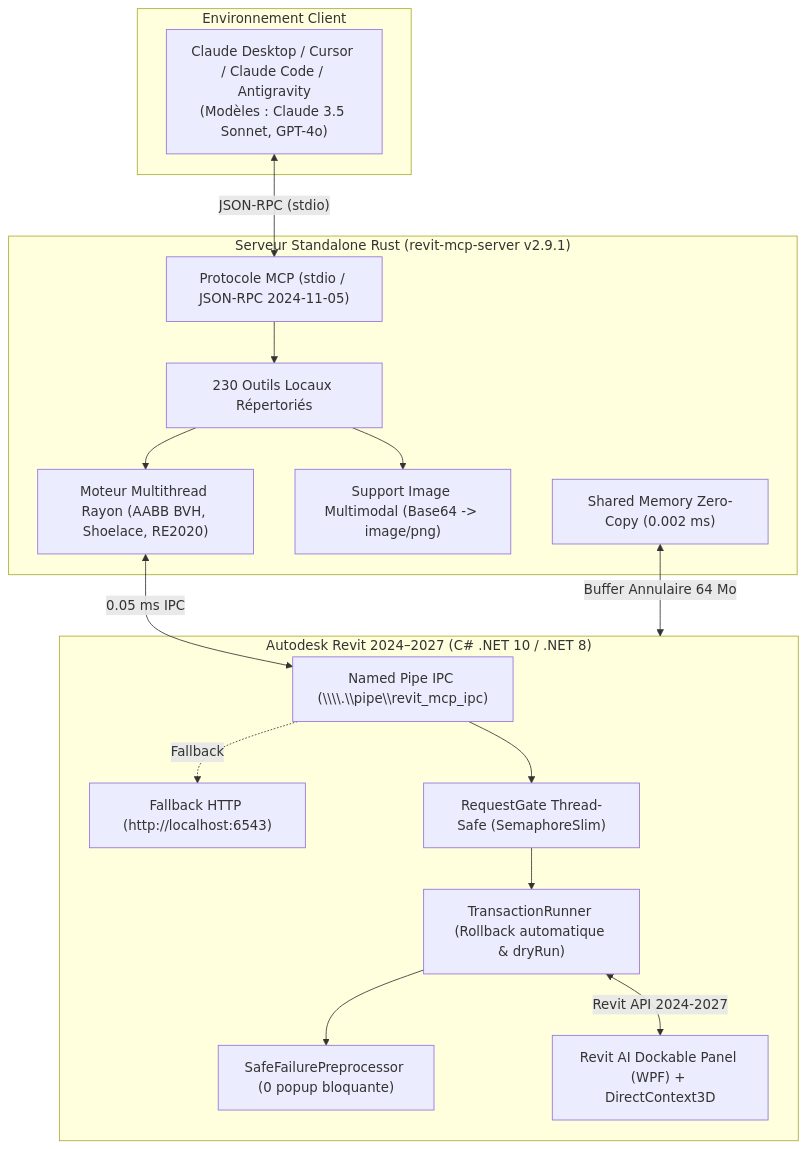
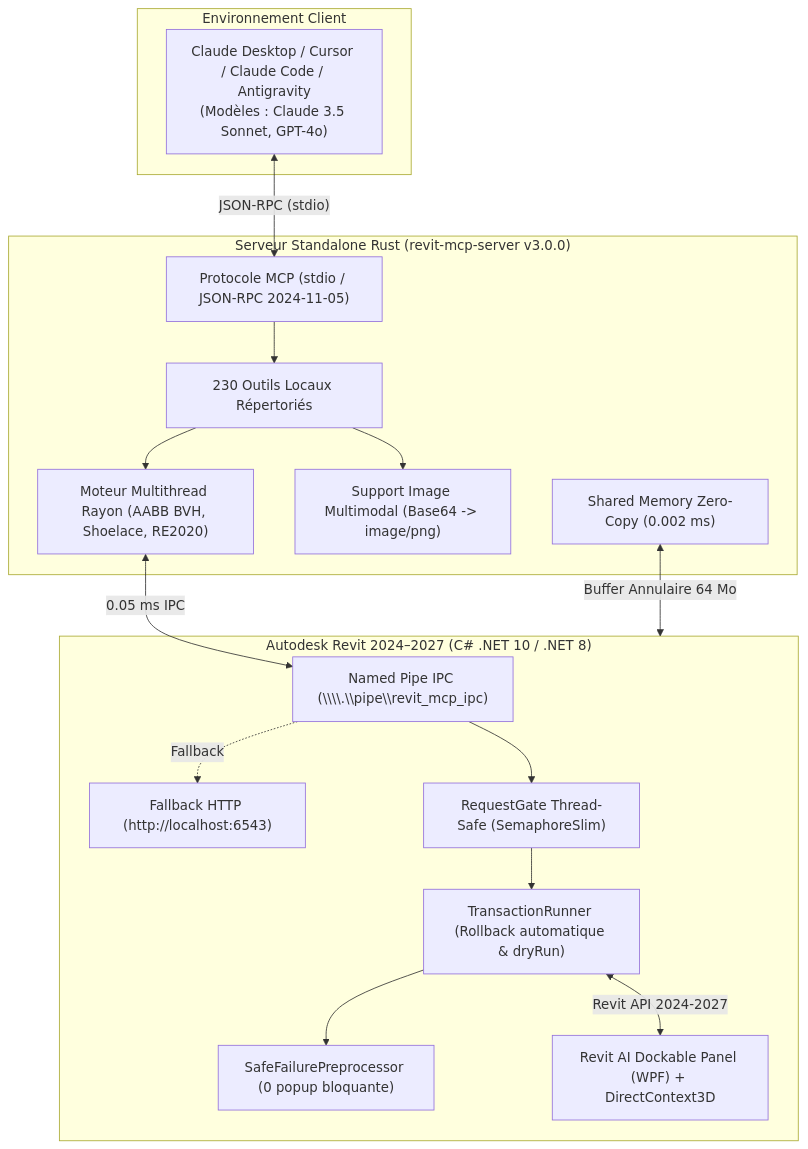
One commit to EncoreZaan/ARC changed the diagram in README.md. Above: the diagram before and after it, drawn with Mermaid. The commit also changed other lines of this file and 18 other files, not shown here.

````diff
--- a/README.md
+++ b/README.md
@@ -231,35 +251,35 @@
 ```mermaid
 flowchart TD
     subgraph Client["Environnement Client"]
         Claude["Claude Desktop / Cursor / Claude Code / Antigravity\n(Modèles : Claude 3.5 Sonnet, GPT-4o)"]
     end
 
-    subgraph RustServer["Serveur Standalone Rust (revit-mcp-server v2.9.1)"]
+    subgraph RustServer["Serveur Standalone Rust (revit-mcp-server v3.0.0)"]
         RPC["Protocole MCP (stdio / JSON-RPC 2024-11-05)"]
         Registry["230 Outils Locaux Répertoriés"]
         RayonEngine["Moteur Multithread Rayon (AABB BVH, Shoelace, RE2020)"]
         VisionEngine["Support Image Multimodal (Base64 -> image/png)"]
         SharedMemRust["Shared Memory Zero-Copy (0.002 ms)"]
     end
 
     subgraph AddIn["Autodesk Revit 2024–2027 (C# .NET 10 / .NET 8)"]
         NamedPipe["Named Pipe IPC (\\\\.\\pipe\\revit_mcp_ipc)"]
         HTTPFallback["Fallback HTTP (http://localhost:6543)"]
         RequestGate["RequestGate Thread-Safe (SemaphoreSlim)"]
         TxRunner["TransactionRunner (Rollback automatique & dryRun)"]
         SafeFailure["SafeFailurePreprocessor (0 popup bloquante)"]
         DockablePanel["Revit AI Dockable Panel (WPF) + DirectContext3D"]
     end
 
     Claude <-->|"JSON-RPC (stdio)"| RPC
     RPC --> Registry
     Registry --> RayonEngine
     Registry --> VisionEngine
     RayonEngine <-->|"0.05 ms IPC"| NamedPipe
     NamedPipe -.->|"Fallback"| HTTPFallback
     NamedPipe --> RequestGate
     RequestGate --> TxRunner
     TxRunner --> SafeFailure
     TxRunner <-->|"Revit API 2024-2027"| DockablePanel
     SharedMemRust <-->|"Buffer Annulaire 64 Mo"| AddIn
 ```
````
